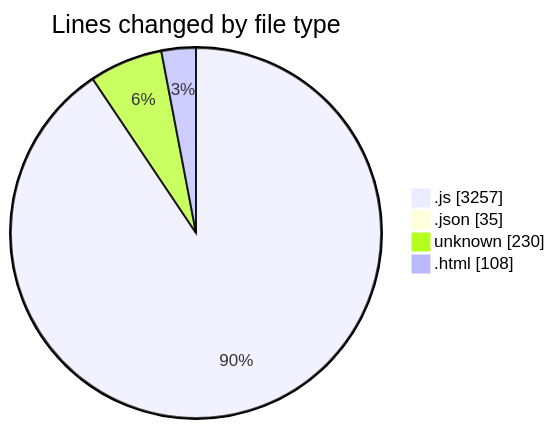
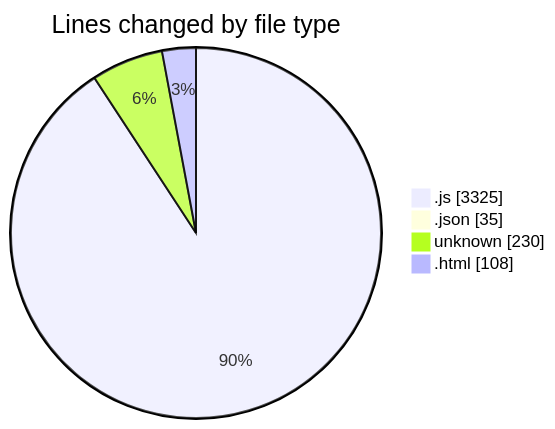
The first of 2 diagrams in 2026-02-20/bot_i_a/README.md (becaeroporto-bot/code-tracking), drawn with Mermaid before and after one commit. The commit also changed other lines of this file and 1 other file, not shown here.

````diff
--- a/2026-02-20/bot_i_a/README.md
+++ b/2026-02-20/bot_i_a/README.md
@@ -44,8 +44,8 @@
 ```mermaid
 pie showData
 title Lines changed by file type
-".js" : 3257
+".js" : 3325
 ".json" : 35
 "unknown" : 230
 ".html" : 108
 ```
````
